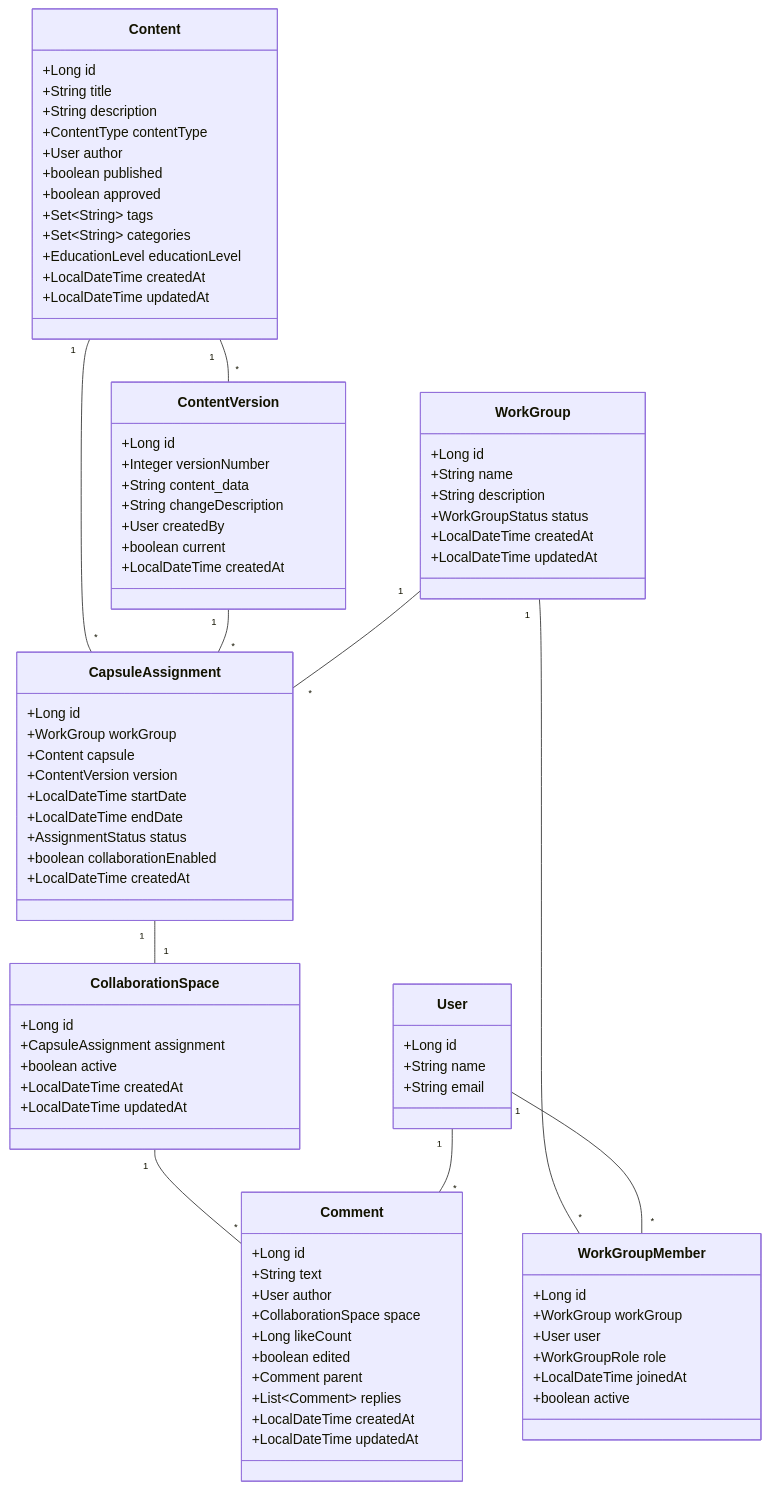
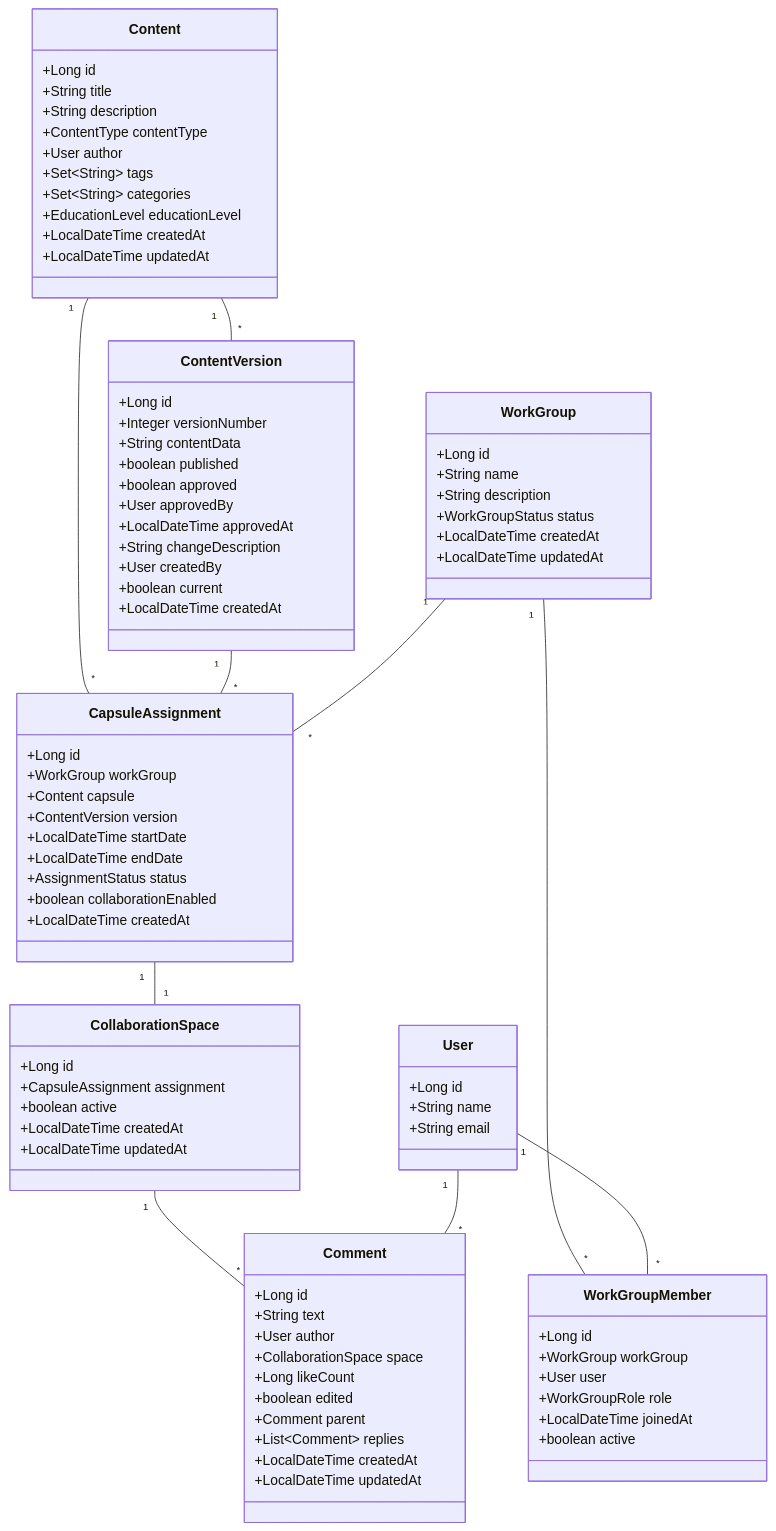
Before and after one commit to dbianco/CapsulasCba: the second of 3 diagrams in README.md, drawn with Mermaid. The commit also changed other lines of this file and 8 other files, not shown here.

````diff
--- a/README.md
+++ b/README.md
@@ -87,8 +86,6 @@
         +String description
         +ContentType contentType
         +User author
-        +boolean published
-        +boolean approved
         +Set~String~ tags
         +Set~String~ categories
         +EducationLevel educationLevel
@@ -99,12 +96,20 @@
     class ContentVersion {
         +Long id
         +Integer versionNumber
-        +String content_data
+        +String contentData
+        +boolean published
+        +boolean approved
+        +User approvedBy
+        +LocalDateTime approvedAt
         +String changeDescription
         +User createdBy
         +boolean current
         +LocalDateTime createdAt
     }
+
+    Content "1" -- "*" ContentVersion
+    Content "1" -- "*" CapsuleAssignment
+    ContentVersion "1" -- "*" CapsuleAssignment
 
     class WorkGroup {
         +Long id
@@ -124,6 +129,9 @@
         +boolean active
     }
 
+    WorkGroup "1" -- "*" WorkGroupMember
+    User "1" -- "*" WorkGroupMember
+
     class CapsuleAssignment {
         +Long id
         +WorkGroup workGroup
@@ -136,6 +144,8 @@
         +LocalDateTime createdAt
     }
 
+    WorkGroup "1" -- "*" CapsuleAssignment
+
     class CollaborationSpace {
         +Long id
         +CapsuleAssignment assignment
@@ -143,6 +153,8 @@
         +LocalDateTime createdAt
         +LocalDateTime updatedAt
     }
+
+    CapsuleAssignment "1" -- "1" CollaborationSpace
 
     class Comment {
         +Long id
@@ -157,19 +169,12 @@
         +LocalDateTime updatedAt
     }
 
+    CollaborationSpace "1" -- "*" Comment
+    User "1" -- "*" Comment
+
     class User {
         +Long id
         +String name
         +String email
     }
-
-    Content "1" -- "*" ContentVersion
-    Content "1" -- "*" CapsuleAssignment
-    ContentVersion "1" -- "*" CapsuleAssignment
-    WorkGroup "1" -- "*" WorkGroupMember
-    User "1" -- "*" WorkGroupMember
-    WorkGroup "1" -- "*" CapsuleAssignment
-    CapsuleAssignment "1" -- "1" CollaborationSpace
-    CollaborationSpace "1" -- "*" Comment
-    User "1" -- "*" Comment
 ```
````
